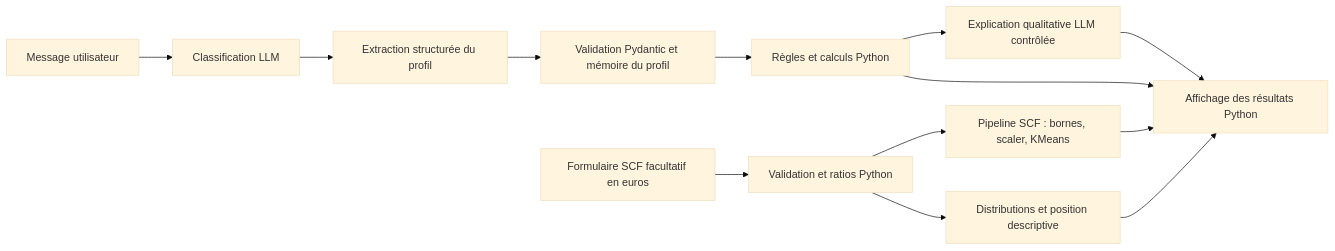
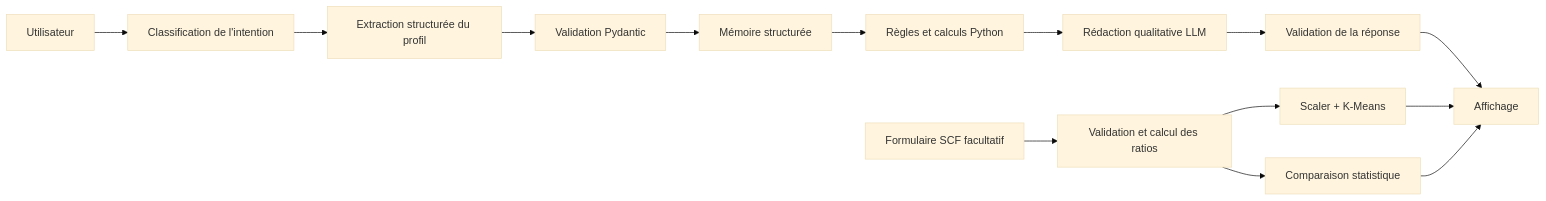
One commit to Vlady19/assistant-finance changed the diagram in README.md. Above: the diagram before and after it, drawn with Mermaid (base theme). The commit also changed other lines of this file, not shown here.

````diff
--- a/README.md
+++ b/README.md
@@ -28,15 +93,18 @@
 ```mermaid
 flowchart LR
-    U[Message utilisateur] --> I[Classification LLM]
-    I --> P[Extraction structurée du profil]
-    P --> V[Validation Pydantic et mémoire du profil]
-    V --> R[Règles et calculs Python]
-    F[Formulaire SCF facultatif en euros] --> C[Validation et ratios Python]
-    C --> M[Pipeline SCF : bornes, scaler, KMeans]
-    C --> H[Distributions et position descriptive]
+    U[Utilisateur] --> I[Classification de l'intention]
+    I --> E[Extraction structurée du profil]
+    E --> P[Validation Pydantic]
+    P --> M[Mémoire structurée]
+    M --> R[Règles et calculs Python]
+
+    R --> L[Rédaction qualitative LLM]
+    L --> V[Validation de la réponse]
+    V --> A[Affichage]
+
+    F[Formulaire SCF facultatif] --> C[Validation et calcul des ratios]
+    C --> K[Scaler + K-Means]
+    C --> H[Comparaison statistique]
+    K --> A
     H --> A
-    R --> L[Explication qualitative LLM contrôlée]
-    R --> A[Affichage des résultats Python]
-    M --> A
-    L --> A
 ```
````
